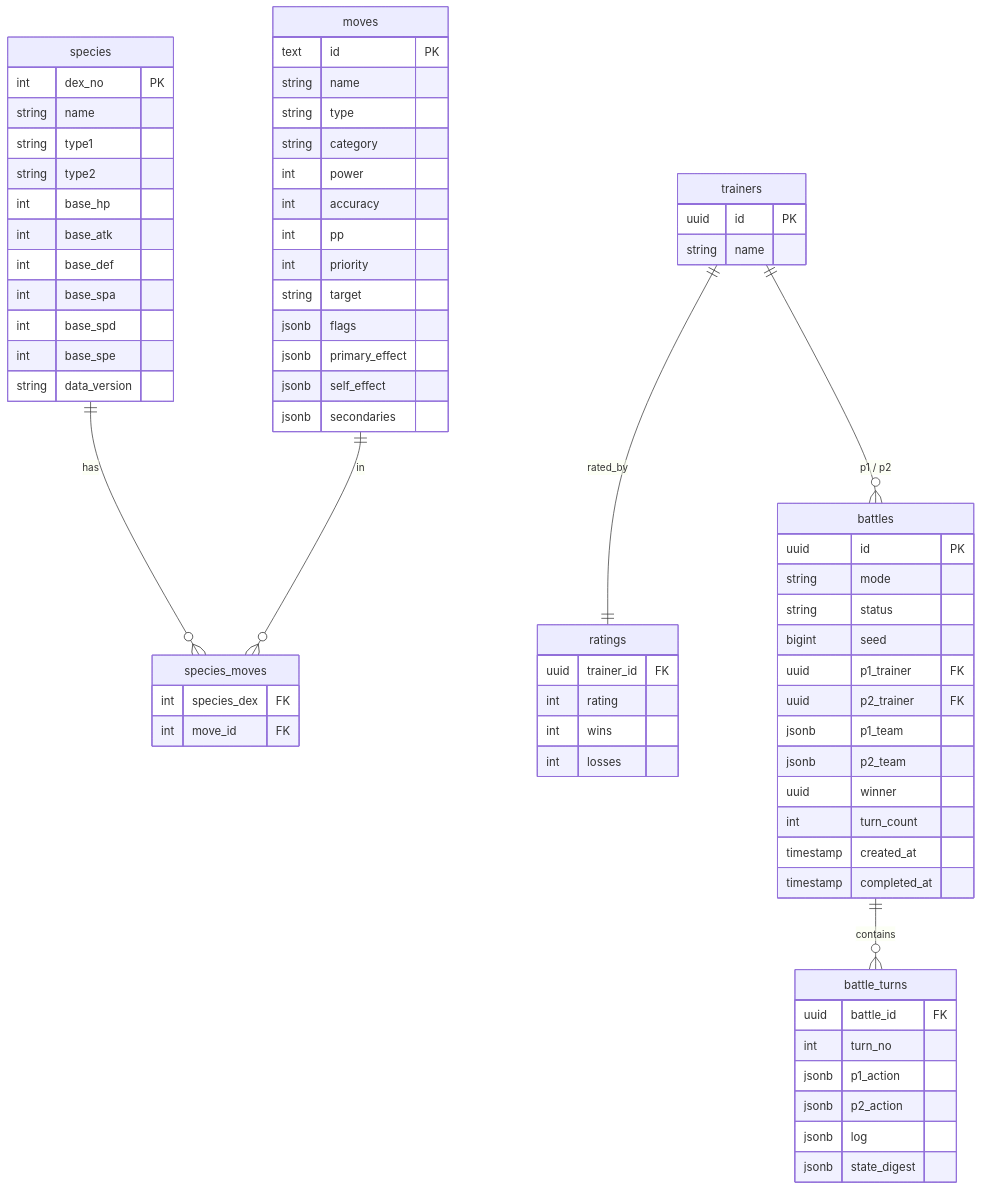
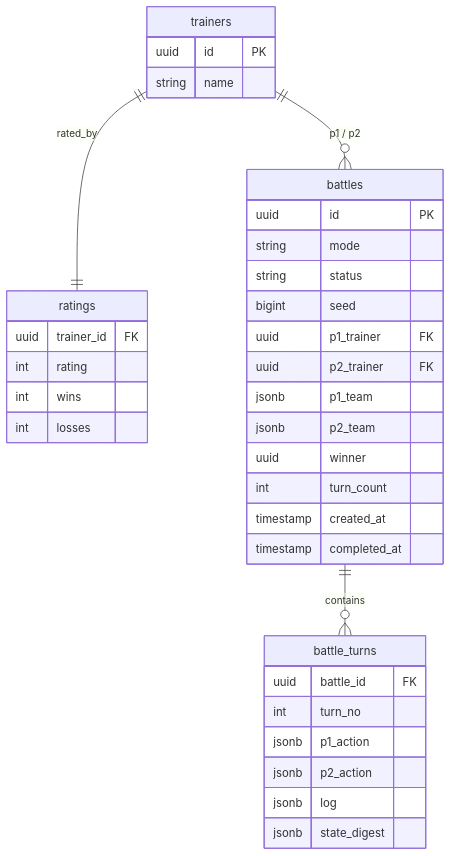
One commit to shaumik/PokeArena changed the third of 3 diagrams in README.md. Above: the diagram before and after it, drawn with Mermaid. The commit also changed other lines of this file and 12 other files, not shown here.

````diff
--- a/README.md
+++ b/README.md
@@ -216,73 +222,39 @@
 ```mermaid
 erDiagram
-    species ||--o{ species_moves : has
-    moves   ||--o{ species_moves : in
     trainers ||--|| ratings : rated_by
     trainers ||--o{ battles : "p1 / p2"
     battles ||--o{ battle_turns : contains
 
-    species {
-        int    dex_no PK
-        string name
-        string type1
-        string type2
-        int    base_hp
-        int    base_atk
-        int    base_def
-        int    base_spa
-        int    base_spd
-        int    base_spe
-        string data_version
-    }
-    moves {
-        text   id PK
-        string name
-        string type
-        string category
-        int    power
-        int    accuracy
-        int    pp
-        int    priority
-        string target
-        jsonb  flags
-        jsonb  primary_effect
-        jsonb  self_effect
-        jsonb  secondaries
-    }
-    species_moves {
-        int species_dex FK
-        int move_id FK
-    }
     trainers {
         uuid   id PK
         string name
     }
     ratings {
         uuid   trainer_id FK
         int    rating
         int    wins
         int    losses
     }
     battles {
         uuid      id PK
         string    mode
         string    status
         bigint    seed
         uuid      p1_trainer FK
         uuid      p2_trainer FK
         jsonb     p1_team
         jsonb     p2_team
         uuid      winner
         int       turn_count
         timestamp created_at
         timestamp completed_at
     }
     battle_turns {
         uuid   battle_id FK
         int    turn_no
         jsonb  p1_action
         jsonb  p2_action
         jsonb  log
         jsonb  state_digest
     }
 ```
````
